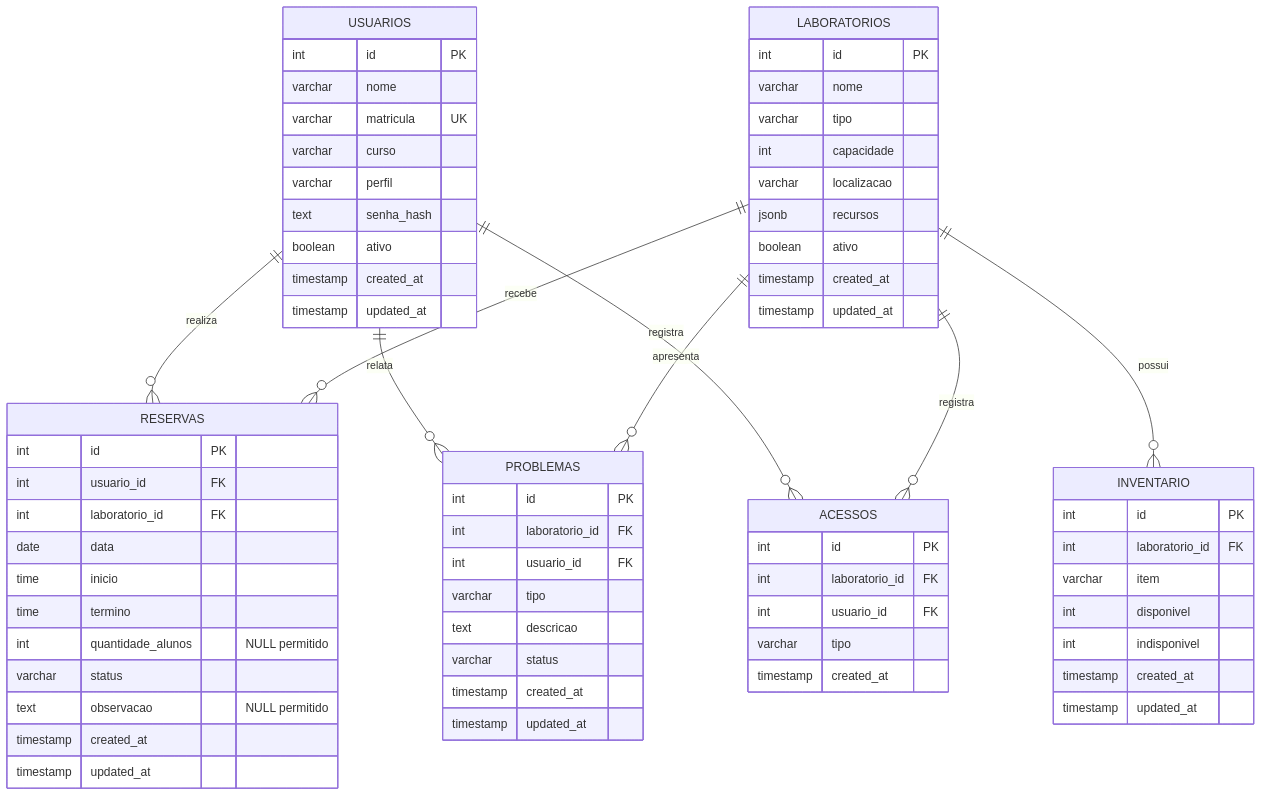
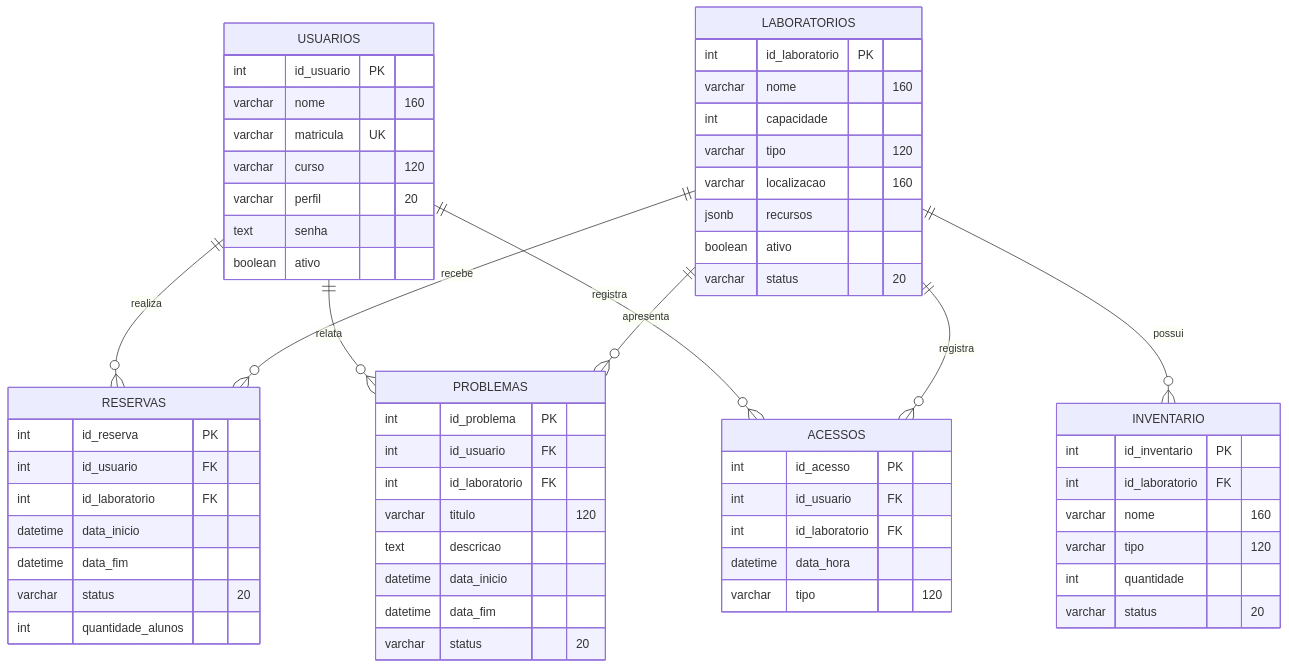
Before and after one commit to haykamaria-txt/api_web: the diagram in docs/MER.md, drawn with Mermaid. The commit also changed other lines of this file and 2 other files, not shown here.

Commit message:
docs: alinha diagramas à modelagem atualizada

````diff
--- a/docs/MER.md
+++ b/docs/MER.md
@@ -5,72 +5,64 @@
 ```mermaid
 erDiagram
     USUARIOS ||--o{ RESERVAS : realiza
     LABORATORIOS ||--o{ RESERVAS : recebe
     USUARIOS ||--o{ PROBLEMAS : relata
     LABORATORIOS ||--o{ PROBLEMAS : apresenta
     LABORATORIOS ||--o{ INVENTARIO : possui
     USUARIOS ||--o{ ACESSOS : registra
     LABORATORIOS ||--o{ ACESSOS : registra
 
     USUARIOS {
-        int id PK
-        varchar nome
+        int id_usuario PK
+        varchar nome "160"
         varchar matricula UK
-        varchar curso
-        varchar perfil
-        text senha_hash
+        varchar curso "120"
+        varchar perfil "20"
+        text senha
         boolean ativo
-        timestamp created_at
-        timestamp updated_at
     }
     LABORATORIOS {
-        int id PK
-        varchar nome
-        varchar tipo
+        int id_laboratorio PK
+        varchar nome "160"
         int capacidade
-        varchar localizacao
+        varchar tipo "120"
+        varchar localizacao "160"
         jsonb recursos
         boolean ativo
-        timestamp created_at
-        timestamp updated_at
+        varchar status "20"
     }
     RESERVAS {
-        int id PK
-        int usuario_id FK
-        int laboratorio_id FK
-        date data
-        time inicio
-        time termino
-        int quantidade_alunos "NULL permitido"
-        varchar status
-        text observacao "NULL permitido"
-        timestamp created_at
-        timestamp updated_at
+        int id_reserva PK
+        int id_usuario FK
+        int id_laboratorio FK
+        datetime data_inicio
+        datetime data_fim
+        varchar status "20"
+        int quantidade_alunos
     }
     PROBLEMAS {
-        int id PK
-        int laboratorio_id FK
-        int usuario_id FK
-        varchar tipo
+        int id_problema PK
+        int id_usuario FK
+        int id_laboratorio FK
+        varchar titulo "120"
         text descricao
-        varchar status
-        timestamp created_at
-        timestamp updated_at
+        datetime data_inicio
+        datetime data_fim
+        varchar status "20"
+    }
+    ACESSOS {
+        int id_acesso PK
+        int id_usuario FK
+        int id_laboratorio FK
+        datetime data_hora
+        varchar tipo "120"
     }
     INVENTARIO {
-        int id PK
-        int laboratorio_id FK
-        varchar item
-        int disponivel
-        int indisponivel
-        timestamp created_at
-        timestamp updated_at
-    }
-    ACESSOS {
-        int id PK
-        int laboratorio_id FK
-        int usuario_id FK
-        varchar tipo
-        timestamp created_at
+        int id_inventario PK
+        int id_laboratorio FK
+        varchar nome "160"
+        varchar tipo "120"
+        int quantidade
+        varchar status "20"
     }
 ```
````
